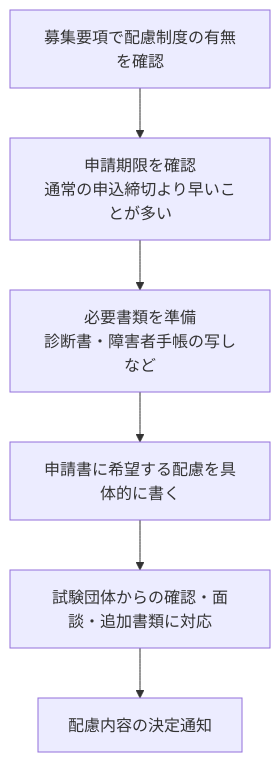
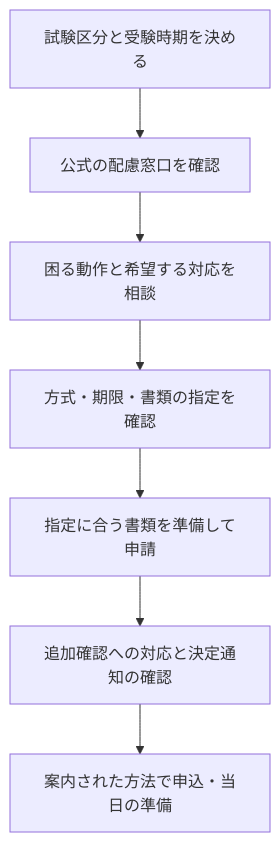
One commit to sasisi344/syllabus-hack changed the diagram in src/data/post/theory/shiken-jyuken-hairyo-shinsei/index.md. Above: the diagram before and after it, drawn with Mermaid. The commit also changed other lines of this file and 13 other files, not shown here.

````diff
--- a/src/data/post/theory/shiken-jyuken-hairyo-shinsei/index.md
+++ b/src/data/post/theory/shiken-jyuken-hairyo-shinsei/index.md
@@ -87,8 +55,9 @@
-```mermaid caption="受験配慮の申請の一般的な流れ"
-flowchart TB
-  A["募集要項で配慮制度の有無を確認"] --> B["申請期限を確認<br/>通常の申込締切より早いことが多い"]
-  B --> C["必要書類を準備<br/>診断書・障害者手帳の写しなど"]
-  C --> D["申請書に希望する配慮を具体的に書く"]
-  D --> E["試験団体からの確認・面談・追加書類に対応"]
-  E --> F["配慮内容の決定通知"]
+```mermaid caption="受験配慮は予約と診断書取得の前に相談する"
+flowchart TD
+  A["試験区分と受験時期を決める"] --> B["公式の配慮窓口を確認"]
+  B --> C["困る動作と希望する対応を相談"]
+  C --> D["方式・期限・書類の指定を確認"]
+  D --> E["指定に合う書類を準備して申請"]
+  E --> F["追加確認への対応と決定通知の確認"]
+  F --> G["案内された方法で申込・当日の準備"]
 ```
````
